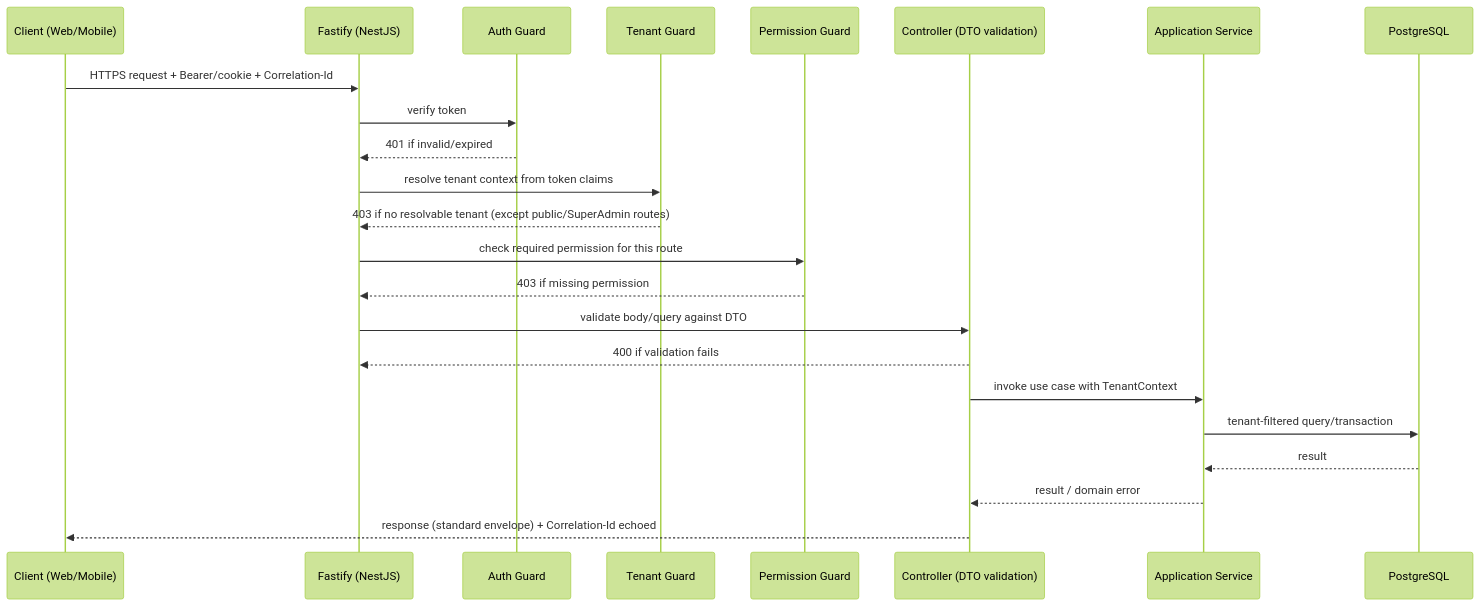
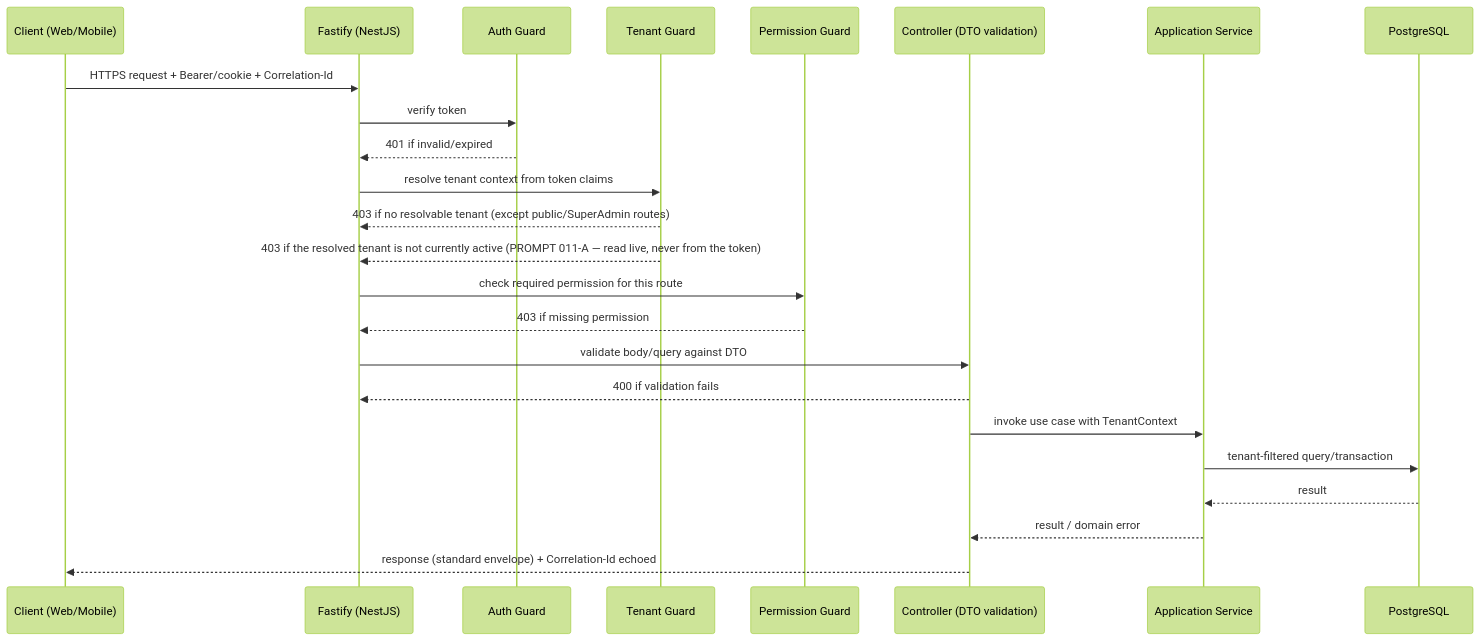
Before and after one commit to smagsoft-code/saas-inventory: the diagram in docs/architecture/api.md, drawn with Mermaid (forest theme). The commit also changed 9 other files, not shown here.

````diff
--- a/docs/architecture/api.md
+++ b/docs/architecture/api.md
@@ -22,26 +22,27 @@
 ```mermaid
 sequenceDiagram
     participant C as Client (Web/Mobile)
     participant FA as Fastify (NestJS)
     participant AG as Auth Guard
     participant TG as Tenant Guard
     participant PG as Permission Guard
     participant Ctrl as Controller (DTO validation)
     participant Svc as Application Service
     participant DB as PostgreSQL
 
     C->>FA: HTTPS request + Bearer/cookie + Correlation-Id
     FA->>AG: verify token
     AG-->>FA: 401 if invalid/expired
     FA->>TG: resolve tenant context from token claims
     TG-->>FA: 403 if no resolvable tenant (except public/SuperAdmin routes)
+    TG-->>FA: 403 if the resolved tenant is not currently active (PROMPT 011-A — read live, never from the token)
     FA->>PG: check required permission for this route
     PG-->>FA: 403 if missing permission
     FA->>Ctrl: validate body/query against DTO
     Ctrl-->>FA: 400 if validation fails
     Ctrl->>Svc: invoke use case with TenantContext
     Svc->>DB: tenant-filtered query/transaction
     DB-->>Svc: result
     Svc-->>Ctrl: result / domain error
     Ctrl-->>C: response (standard envelope) + Correlation-Id echoed
 ```
````
